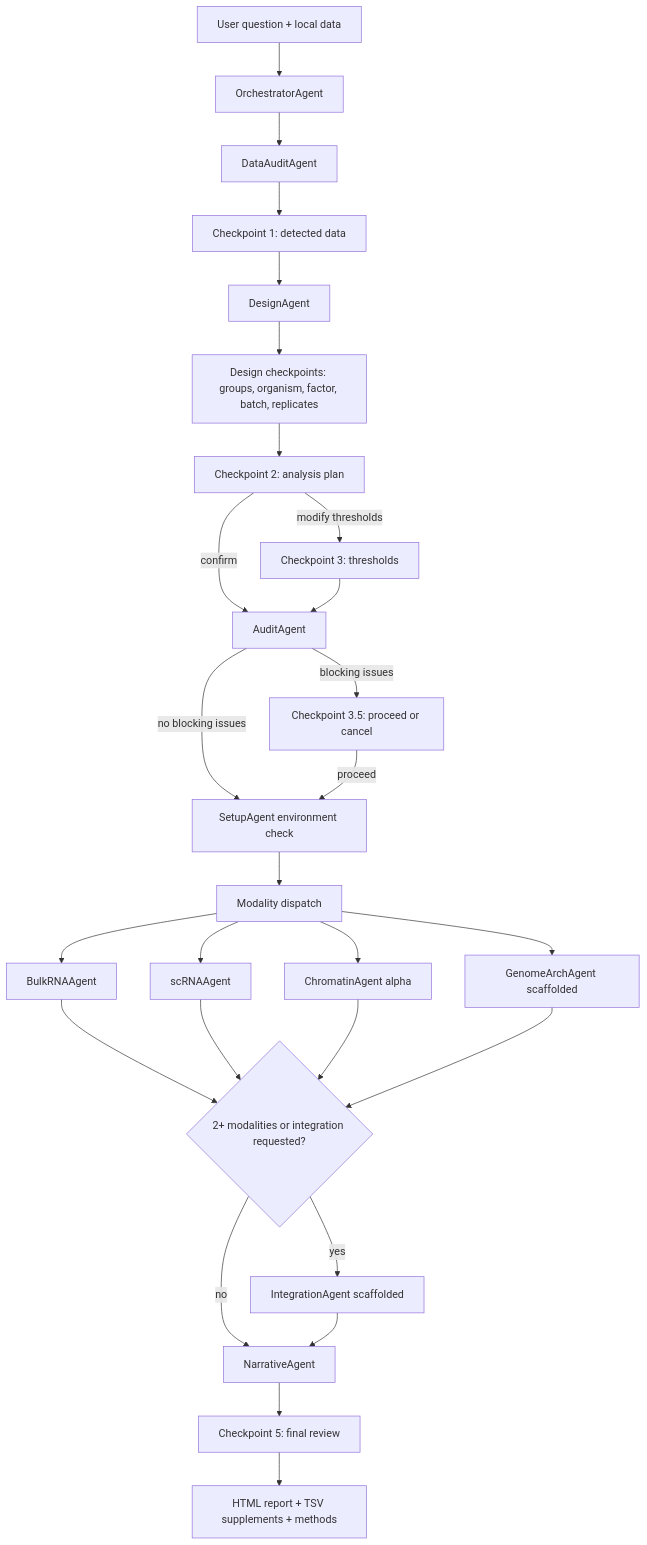
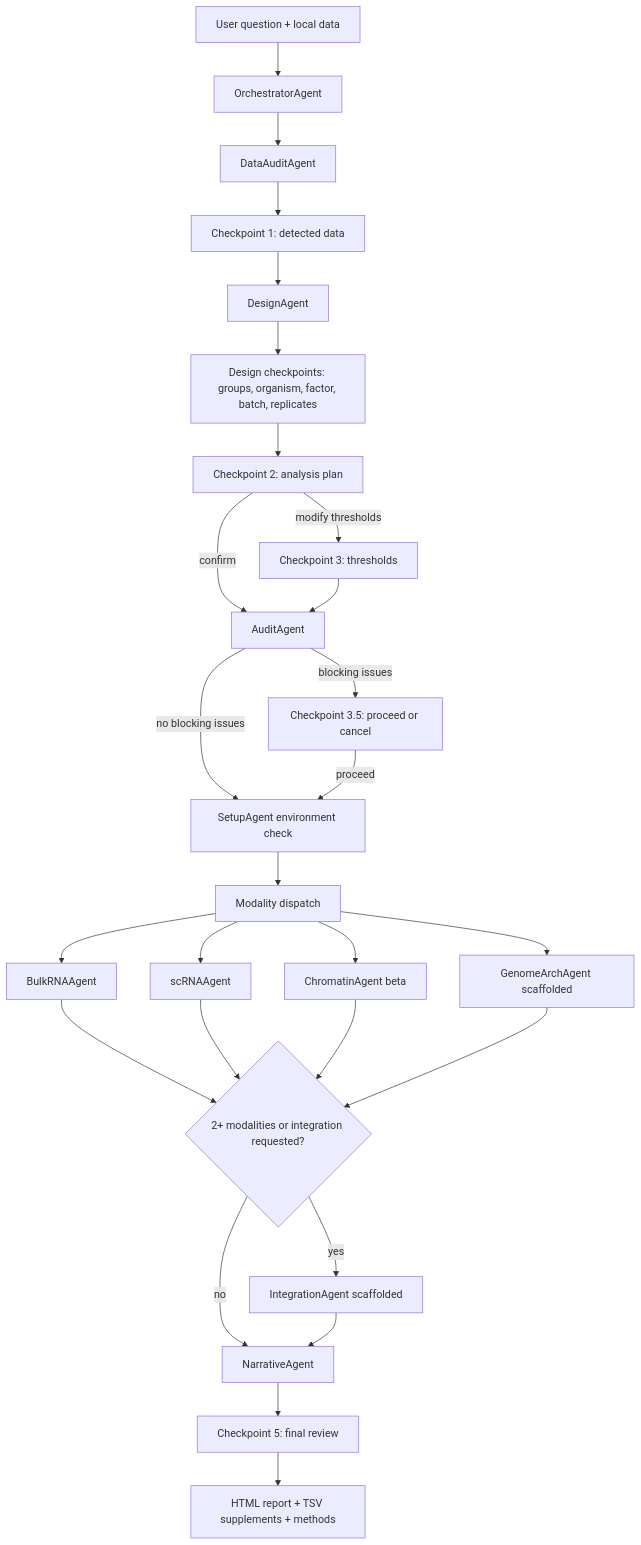
The diagram in docs/architecture/overview.md (Olascoaga/aria-omics), drawn with Mermaid before and after one commit. The commit also changed other lines of this file and 18 other files, not shown here.

Commit message:
feat(chromatin): open bulk ATAC QC and peak calling beta slice

````diff
--- a/docs/architecture/overview.md
+++ b/docs/architecture/overview.md
@@ -15,29 +15,29 @@
 ```mermaid
 flowchart TD
     U[User question + local data] --> O[OrchestratorAgent]
     O --> DA[DataAuditAgent]
     DA --> CP1[Checkpoint 1: detected data]
     CP1 --> D[DesignAgent]
     D --> CP2[Design checkpoints: groups, organism, factor, batch, replicates]
     CP2 --> PLAN[Checkpoint 2: analysis plan]
     PLAN -->|confirm| A[AuditAgent]
     PLAN -->|modify thresholds| CP3[Checkpoint 3: thresholds]
     CP3 --> A
     A -->|blocking issues| CP35[Checkpoint 3.5: proceed or cancel]
     A -->|no blocking issues| SETUP[SetupAgent environment check]
     CP35 -->|proceed| SETUP
     SETUP --> DISPATCH[Modality dispatch]
     DISPATCH --> B[BulkRNAAgent]
     DISPATCH --> S[scRNAAgent]
-    DISPATCH --> C[ChromatinAgent alpha]
+    DISPATCH --> C[ChromatinAgent beta]
     DISPATCH --> H[GenomeArchAgent scaffolded]
     B --> MAYBEINT{2+ modalities or integration requested?}
     S --> MAYBEINT
     C --> MAYBEINT
     H --> MAYBEINT
     MAYBEINT -->|yes| INT[IntegrationAgent scaffolded]
     MAYBEINT -->|no| N[NarrativeAgent]
     INT --> N
     N --> CP5[Checkpoint 5: final review]
     CP5 --> R[HTML report + TSV supplements + methods]
 ```
````
